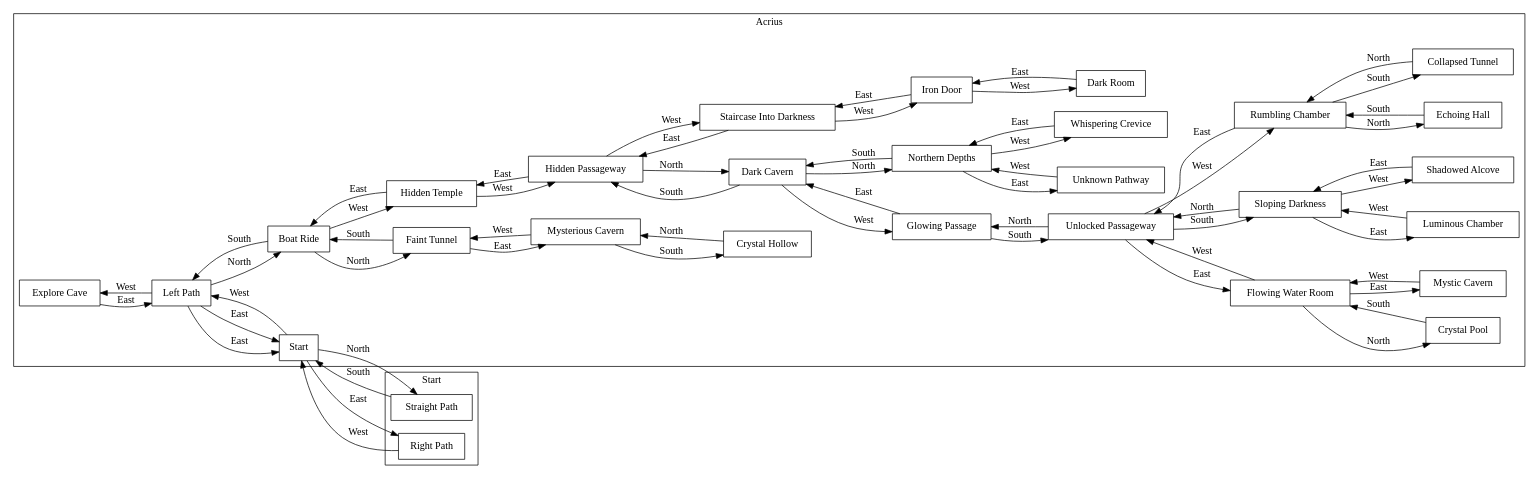
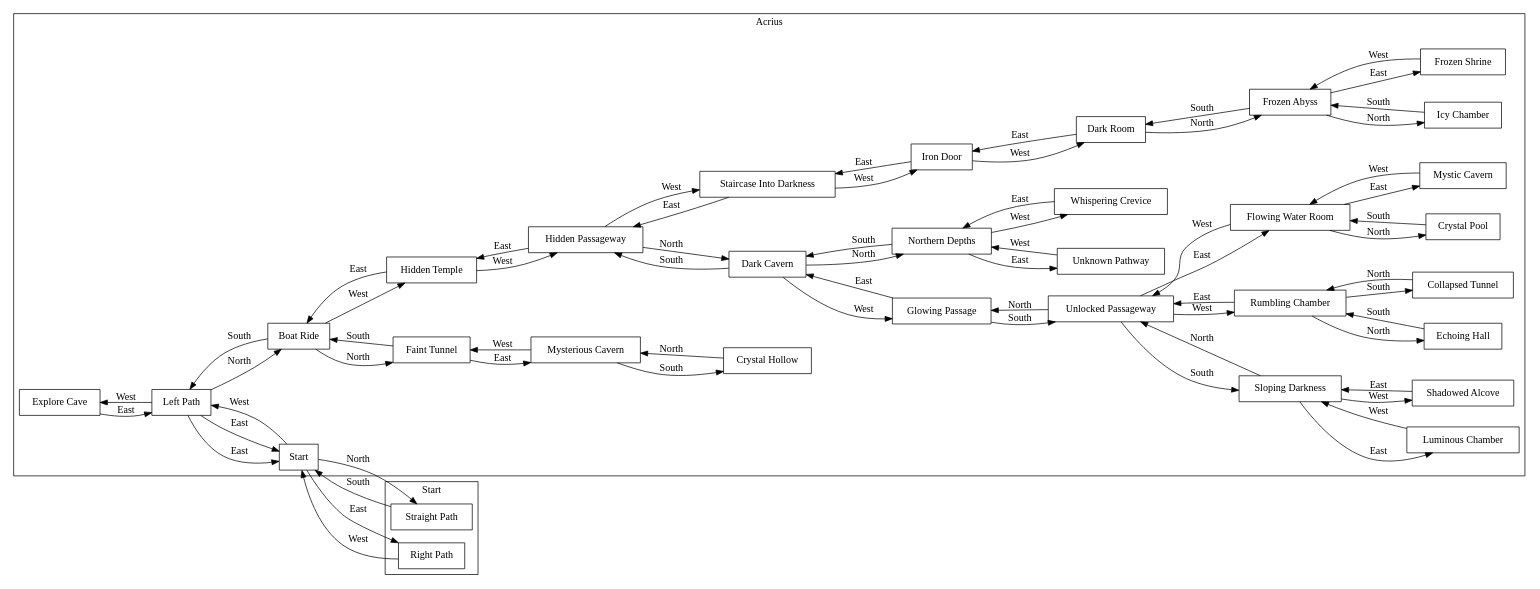
Before and after one commit to track507/Text-Adventure-1: the diagram in Project/src/main/java/game_map.dot, drawn with Graphviz. The commit also changed 5 other files, not shown here.

Commit message:
Updated Graphviz, Fixed Glowing Stone, Map can now return a string or be printed using a boolean

```diff
--- a/Project/src/main/java/game_map.dot
+++ b/Project/src/main/java/game_map.dot
@@ -1,70 +1,76 @@
 digraph G {
     rankdir=LR;
     node [shape=rectangle];
     subgraph cluster_Acrius {
         label="Acrius";
         "Explore Cave" -> "Left Path" [label="East"];
         "Whispering Crevice" -> "Northern Depths" [label="East"];
+        "Icy Chamber" -> "Frozen Abyss" [label="South"];
+        "Dark Room" -> "Frozen Abyss" [label="North"];
         "Dark Room" -> "Iron Door" [label="East"];
         "Flowing Water Room" -> "Crystal Pool" [label="North"];
         "Flowing Water Room" -> "Mystic Cavern" [label="East"];
         "Flowing Water Room" -> "Unlocked Passageway" [label="West"];
         "Unlocked Passageway" -> "Glowing Passage" [label="North"];
         "Unlocked Passageway" -> "Sloping Darkness" [label="South"];
         "Unlocked Passageway" -> "Flowing Water Room" [label="East"];
         "Unlocked Passageway" -> "Rumbling Chamber" [label="West"];
         "Sloping Darkness" -> "Unlocked Passageway" [label="North"];
         "Sloping Darkness" -> "Luminous Chamber" [label="East"];
         "Sloping Darkness" -> "Shadowed Alcove" [label="West"];
         "Crystal Pool" -> "Flowing Water Room" [label="South"];
         "Boat Ride" -> "Faint Tunnel" [label="North"];
         "Boat Ride" -> "Left Path" [label="South"];
         "Boat Ride" -> "Hidden Temple" [label="West"];
         "Mysterious Cavern" -> "Crystal Hollow" [label="South"];
         "Mysterious Cavern" -> "Faint Tunnel" [label="West"];
         "Mystic Cavern" -> "Flowing Water Room" [label="West"];
+        "Frozen Abyss" -> "Icy Chamber" [label="North"];
+        "Frozen Abyss" -> "Dark Room" [label="South"];
+        "Frozen Abyss" -> "Frozen Shrine" [label="East"];
         "Echoing Hall" -> "Rumbling Chamber" [label="South"];
         "Shadowed Alcove" -> "Sloping Darkness" [label="East"];
         "Rumbling Chamber" -> "Echoing Hall" [label="North"];
         "Rumbling Chamber" -> "Collapsed Tunnel" [label="South"];
         "Rumbling Chamber" -> "Unlocked Passageway" [label="East"];
         "Hidden Temple" -> "Boat Ride" [label="East"];
         "Hidden Temple" -> "Hidden Passageway" [label="West"];
         "Left Path" -> "Boat Ride" [label="North"];
         "Left Path" -> "Start" [label="East"];
         "Left Path" -> "Explore Cave" [label="West"];
         "Crystal Hollow" -> "Mysterious Cavern" [label="North"];
         "Staircase Into Darkness" -> "Hidden Passageway" [label="East"];
         "Staircase Into Darkness" -> "Iron Door" [label="West"];
         "Dark Cavern" -> "Northern Depths" [label="North"];
         "Dark Cavern" -> "Hidden Passageway" [label="South"];
         "Dark Cavern" -> "Glowing Passage" [label="West"];
         "Collapsed Tunnel" -> "Rumbling Chamber" [label="North"];
         "Hidden Passageway" -> "Dark Cavern" [label="North"];
         "Hidden Passageway" -> "Hidden Temple" [label="East"];
         "Hidden Passageway" -> "Staircase Into Darkness" [label="West"];
+        "Frozen Shrine" -> "Frozen Abyss" [label="West"];
         "Unknown Pathway" -> "Northern Depths" [label="West"];
         "Iron Door" -> "Staircase Into Darkness" [label="East"];
         "Iron Door" -> "Dark Room" [label="West"];
         "Faint Tunnel" -> "Boat Ride" [label="South"];
         "Faint Tunnel" -> "Mysterious Cavern" [label="East"];
         "Northern Depths" -> "Dark Cavern" [label="South"];
         "Northern Depths" -> "Unknown Pathway" [label="East"];
         "Northern Depths" -> "Whispering Crevice" [label="West"];
         "Luminous Chamber" -> "Sloping Darkness" [label="West"];
         "Glowing Passage" -> "Unlocked Passageway" [label="South"];
         "Glowing Passage" -> "Dark Cavern" [label="East"];
     }
     subgraph cluster_Start {
         label="Start";
         "Left Path" -> "Start" [label="East"];
         "Start" -> "Straight Path" [label="North"];
         "Start" -> "Right Path" [label="East"];
         "Start" -> "Left Path" [label="West"];
         "Right Path" -> "Start" [label="West"];
     }
     subgraph cluster_Diddy {
         label="Diddy";
         "Straight Path" -> "Start" [label="South"];
     }
 }
```
